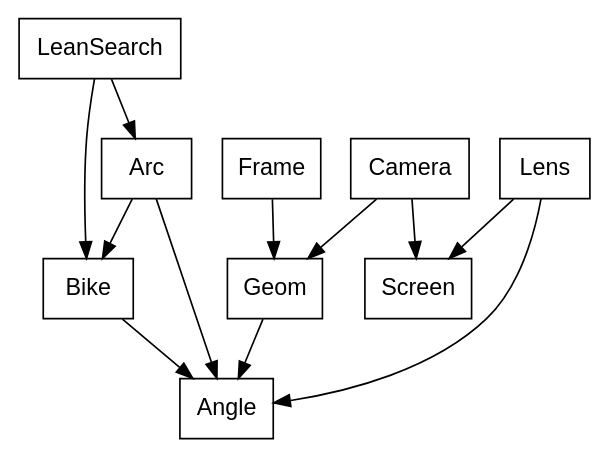
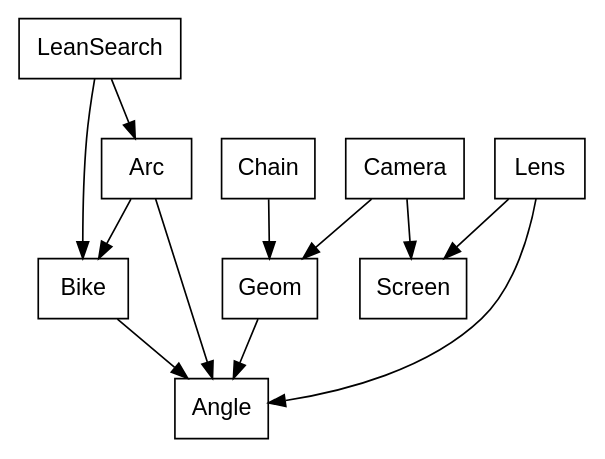
One commit to showell/roc-apps changed diagram 17 of 19 in canvas_apps/safari/tutorial/tutorial.md. Above: the diagram before and after it, drawn with Graphviz. The commit also changed other lines of this file and 23 other files, not shown here.

First line of the commit message:
safari: Frame becomes Chain

````diff
--- a/canvas_apps/safari/tutorial/tutorial.md
+++ b/canvas_apps/safari/tutorial/tutorial.md
@@ -1081,16 +1081,16 @@
 ```dot
 digraph math {
   node [shape=box, fontname="Helvetica"];
   LeanSearch -> Arc;
   LeanSearch -> Bike;
   Arc -> Bike;
   Arc -> Angle;
   Bike -> Angle;
-  Frame -> Geom;
+  Chain -> Geom;
   Camera -> Geom;
   Camera -> Screen;
   Lens -> Angle;
   Lens -> Screen;
   Geom -> Angle;
 }
 ```
````
